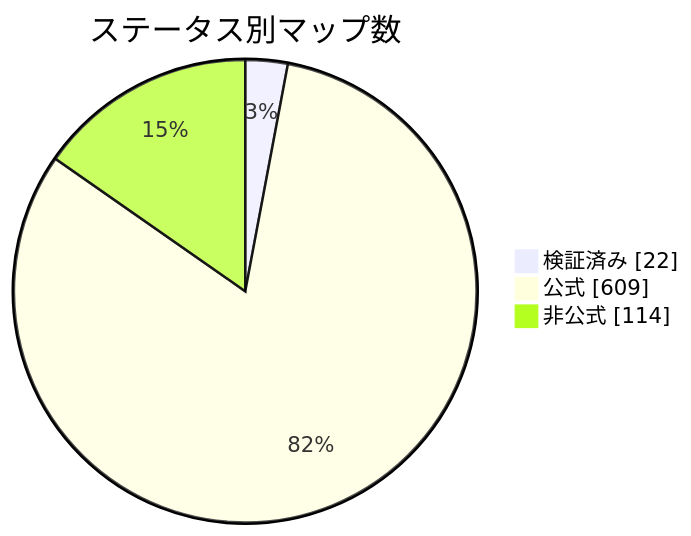
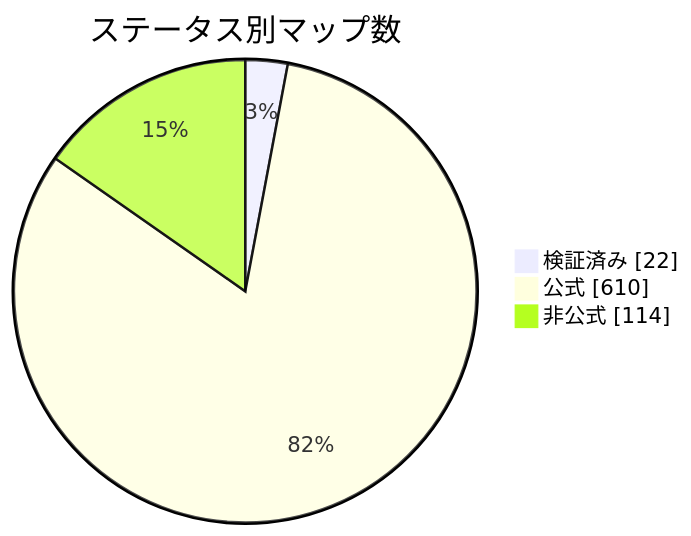
The diagram in docs/readme/README_JP.md (nobrega8/mbmap-library), drawn with Mermaid before and after one commit. The commit also changed 6 other files, not shown here.

````diff
--- a/docs/readme/README_JP.md
+++ b/docs/readme/README_JP.md
@@ -54,7 +54,7 @@
 ```mermaid
 pie showData
     title ステータス別マップ数
     "検証済み" : 22
-    "公式" : 609
+    "公式" : 610
     "非公式" : 114
 ```
````
